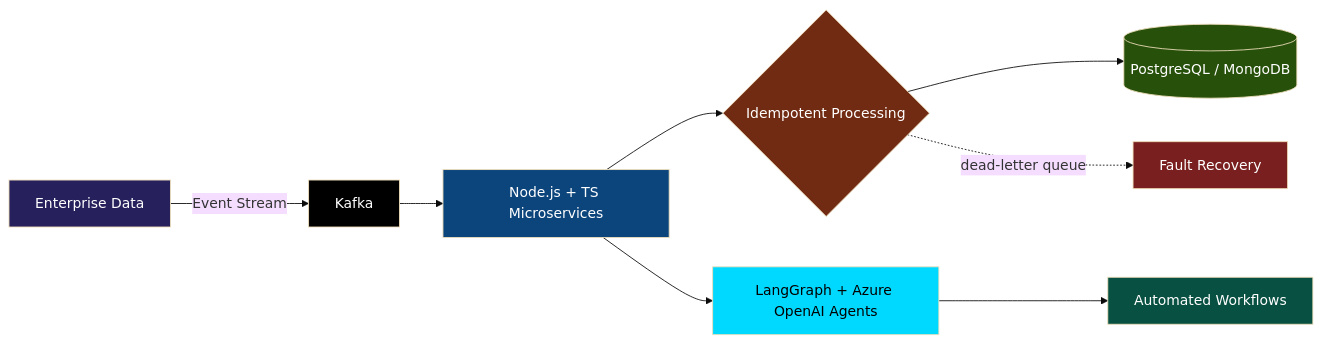
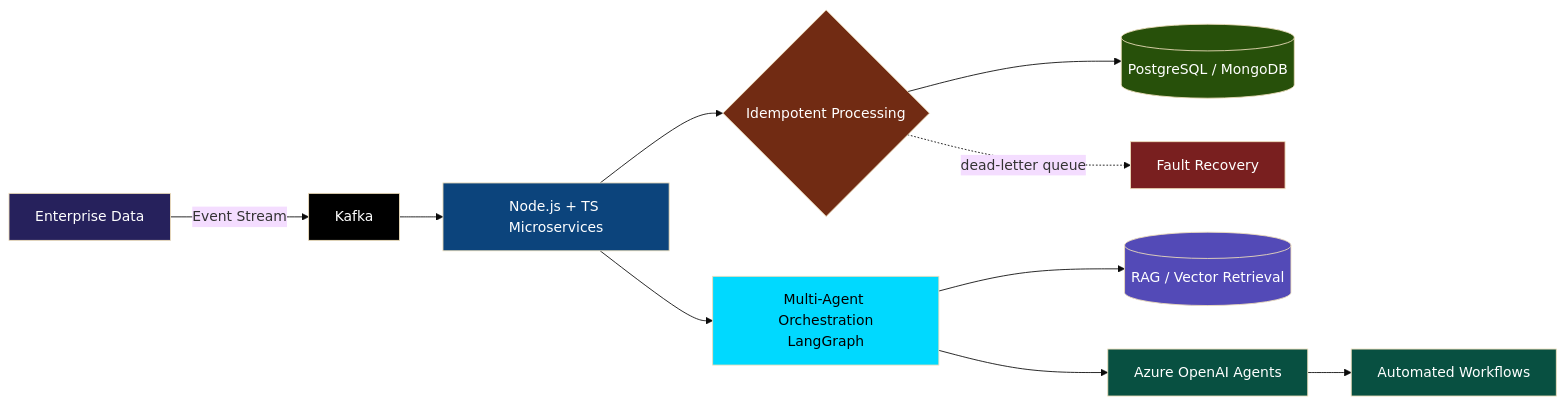
The diagram in README.md (manish0502/manish0502), drawn with Mermaid (base theme) before and after one commit. The commit also changed other lines of this file, not shown here.

````diff
--- a/README.md
+++ b/README.md
@@ -100,19 +122,23 @@
 ```mermaid
 graph LR
     A[Enterprise Data] -->|Event Stream| B[Kafka]
     B --> C[Node.js + TS Microservices]
     C --> D{Idempotent Processing}
     D --> E[(PostgreSQL / MongoDB)]
-    C --> F[LangGraph + Azure OpenAI Agents]
-    F --> G[Automated Workflows]
+    C --> F[Multi-Agent Orchestration<br/>LangGraph]
+    F --> R[(RAG / Vector Retrieval)]
+    F --> H2[Azure OpenAI Agents]
+    H2 --> G[Automated Workflows]
     D -.dead-letter queue.-> H[Fault Recovery]
 
     style A fill:#26215C,color:#fff
     style B fill:#000,color:#fff
     style C fill:#0C447C,color:#fff
     style D fill:#712B13,color:#fff
     style E fill:#27500A,color:#fff
     style F fill:#00D9FF,color:#000
+    style R fill:#534AB7,color:#fff
+    style H2 fill:#085041,color:#fff
     style G fill:#085041,color:#fff
     style H fill:#791F1F,color:#fff
 ```
````
